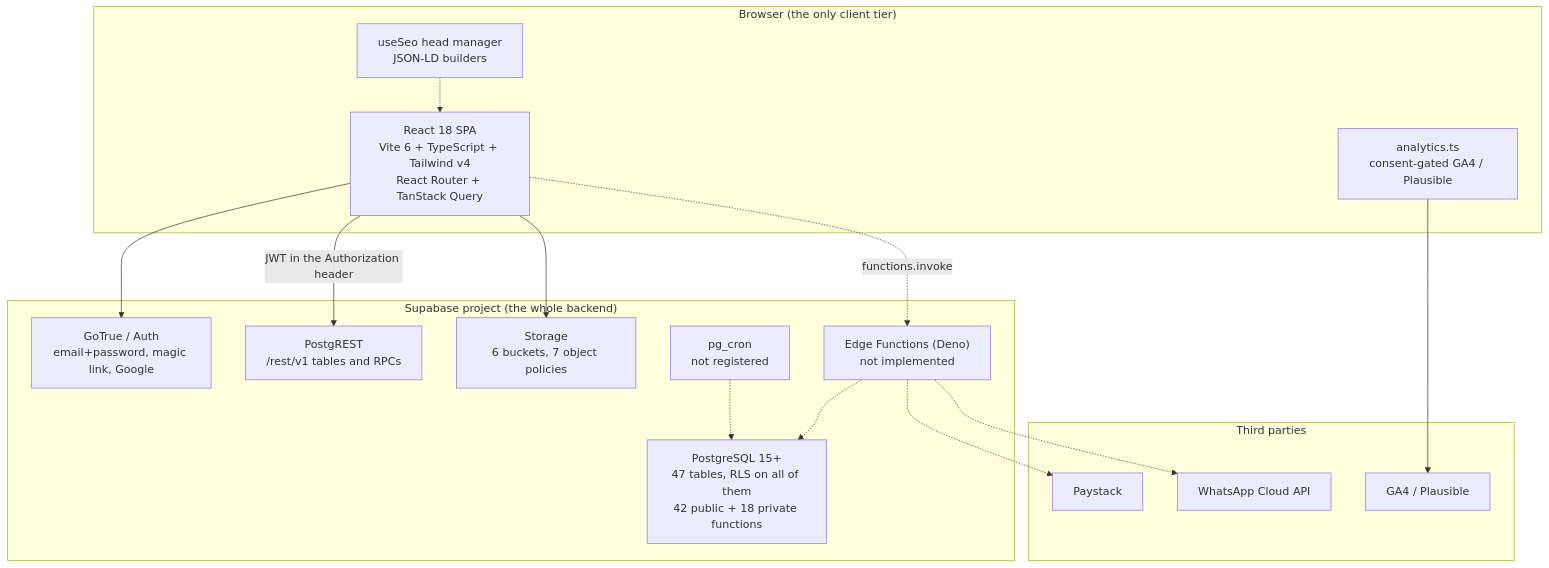
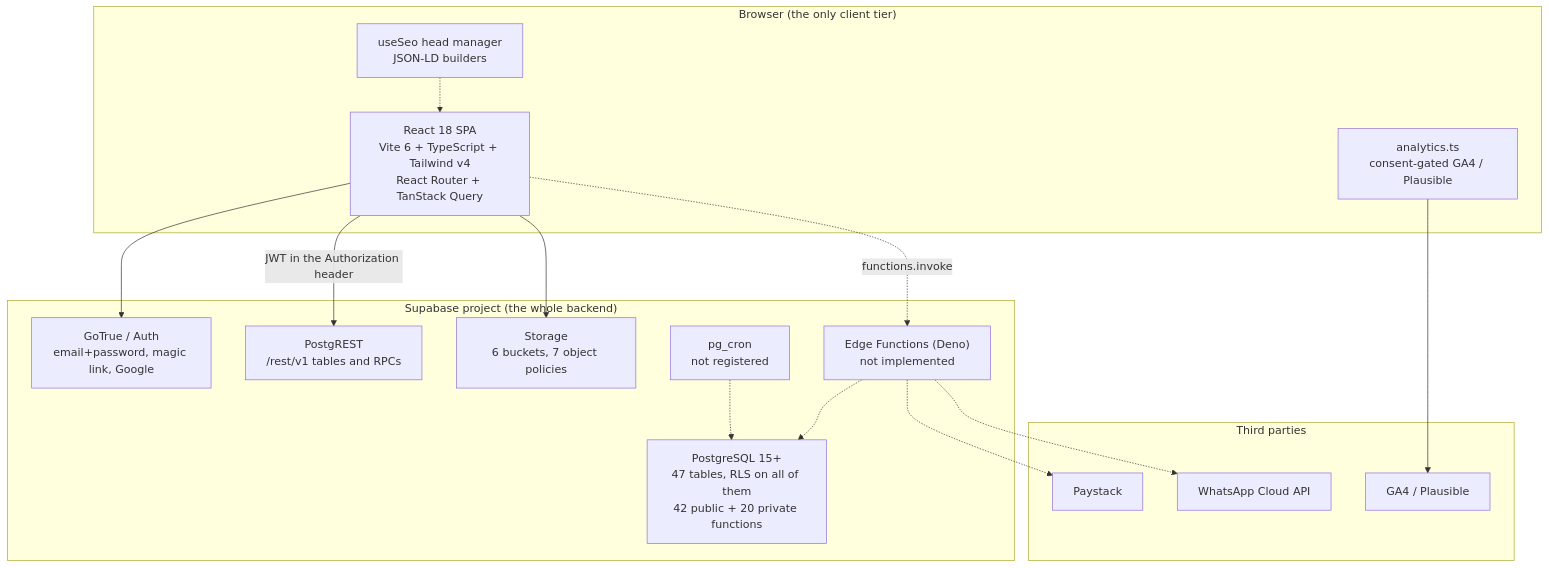
Before and after one commit to jahseed89/unisex: the second of 4 diagrams in docs/01-system-architecture.md, drawn with Mermaid. The commit also changed other lines of this file and 108 other files, not shown here.

````diff
--- a/docs/01-system-architecture.md
+++ b/docs/01-system-architecture.md
@@ -44,34 +44,34 @@
 ```mermaid
 flowchart TB
   subgraph Browser["Browser (the only client tier)"]
     SPA["React 18 SPA<br/>Vite 6 + TypeScript + Tailwind v4<br/>React Router + TanStack Query"]
     Head["useSeo head manager<br/>JSON-LD builders"]
     QA["analytics.ts<br/>consent-gated GA4 / Plausible"]
   end
 
   subgraph Supabase["Supabase project (the whole backend)"]
     Auth["GoTrue / Auth<br/>email+password, magic link, Google"]
     PostgREST["PostgREST<br/>/rest/v1 tables and RPCs"]
-    PG["PostgreSQL 15+<br/>47 tables, RLS on all of them<br/>42 public + 18 private functions"]
+    PG["PostgreSQL 15+<br/>47 tables, RLS on all of them<br/>42 public + 20 private functions"]
     Storage["Storage<br/>6 buckets, 7 object policies"]
     Edge["Edge Functions (Deno)<br/>not implemented"]
     Cron["pg_cron<br/>not registered"]
   end
 
   subgraph Third["Third parties"]
     PSP["Paystack"]
     WA["WhatsApp Cloud API"]
     GA["GA4 / Plausible"]
   end
 
   SPA -->|"JWT in the Authorization header"| PostgREST
   SPA --> Auth
   SPA --> Storage
   Head -.-> SPA
   QA --> GA
   SPA -.->|"functions.invoke"| Edge
   Edge -.-> PSP
   Edge -.-> WA
   Edge -.-> PG
   Cron -.-> PG
 ```
````
